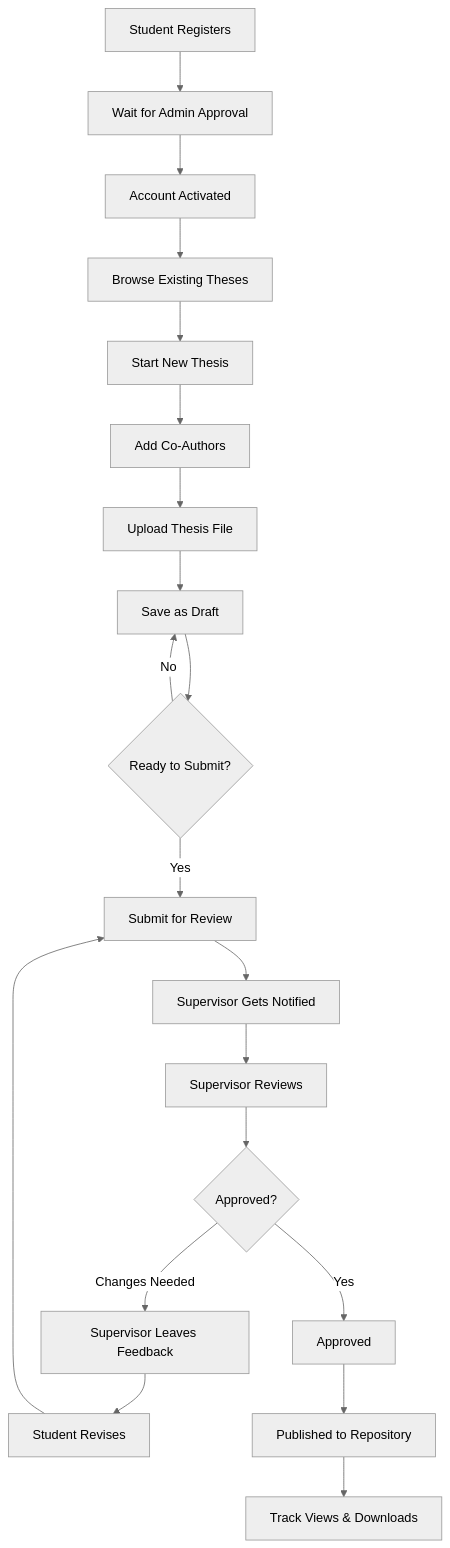
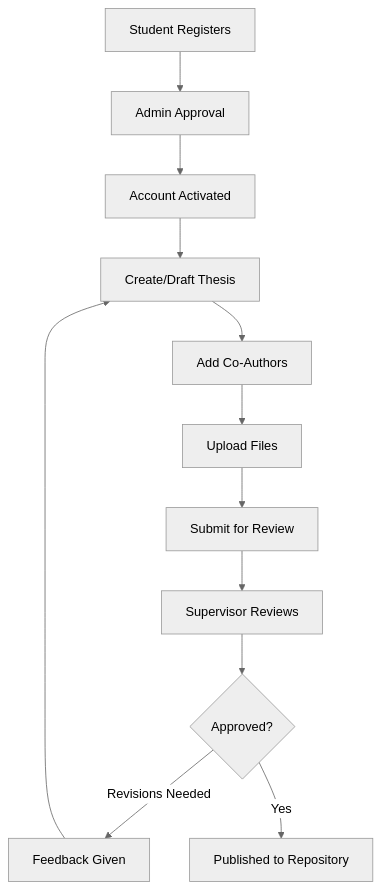
One commit to sazid-zero/SUST-Research-Hub changed the first of 3 diagrams in README.md. Above: the diagram before and after it, drawn with Mermaid (neutral theme). The commit also changed other lines of this file, not shown here.

````diff
--- a/README.md
+++ b/README.md
@@ -237,22 +104,14 @@
 ```mermaid
 graph TD
-    A["Student Registers"] --> B["Wait for Admin Approval"]
+    A["Student Registers"] --> B["Admin Approval"]
     B --> C["Account Activated"]
-    C --> D["Browse Existing Theses"]
-    D --> E["Start New Thesis"]
-    E --> F["Add Co-Authors"]
-    F --> G["Upload Thesis File"]
-    G --> H["Save as Draft"]
-    H --> I{"Ready to Submit?"}
-    I -->|No| H
-    I -->|Yes| J["Submit for Review"]
-    J --> K["Supervisor Gets Notified"]
-    K --> L["Supervisor Reviews"]
-    L --> M{"Approved?"}
-    M -->|Changes Needed| N["Supervisor Leaves Feedback"]
-    N --> O["Student Revises"]
-    O --> J
-    M -->|Yes| P["Approved"]
-    P --> Q["Published to Repository"]
-    Q --> R["Track Views & Downloads"]
+    C --> D["Create/Draft Thesis"]
+    D --> E["Add Co-Authors"]
+    E --> F["Upload Files"]
+    F --> G["Submit for Review"]
+    G --> H["Supervisor Reviews"]
+    H --> I{"Approved?"}
+    I -->|Revisions Needed| J["Feedback Given"]
+    J --> D
+    I -->|Yes| K["Published to Repository"]
 ```
````
